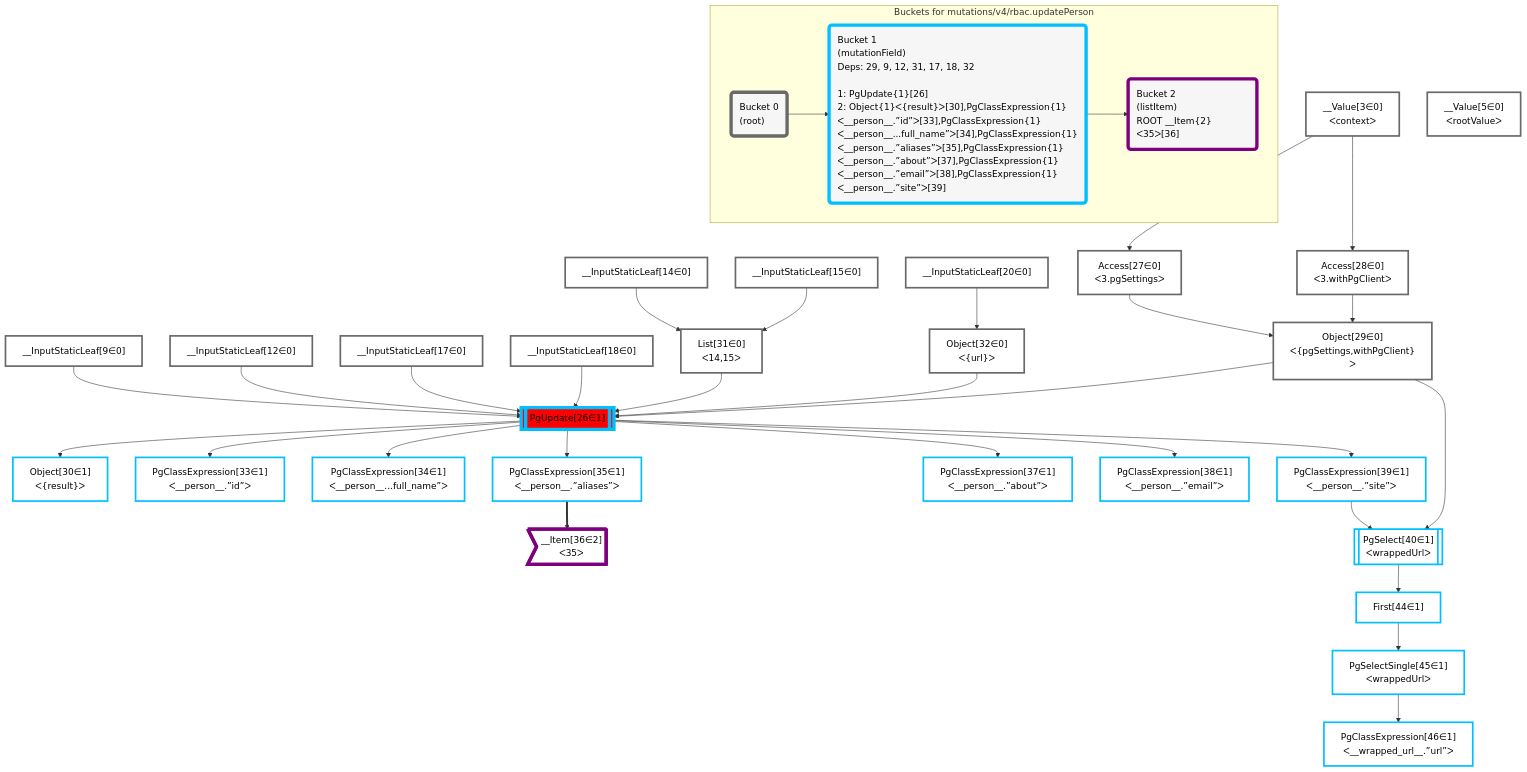
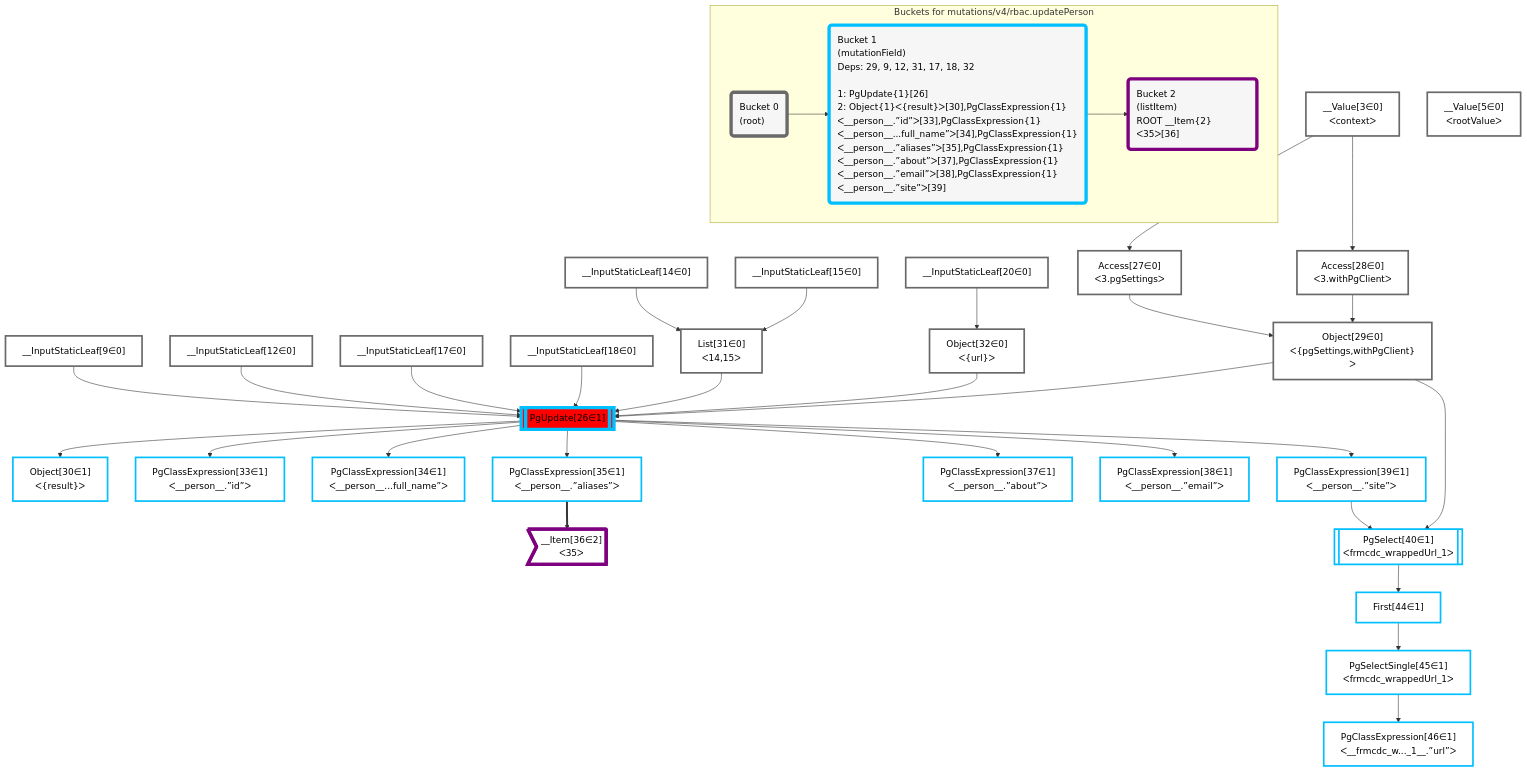
Before and after one commit to graphile/crystal: the diagram in packages/postgraphile/__tests__/mutations/v4/rbac.updatePerson.mermaid, drawn with Mermaid. The commit also changed 35 other files, not shown here.

```diff
--- a/packages/postgraphile/__tests__/mutations/v4/rbac.updatePerson.mermaid
+++ b/packages/postgraphile/__tests__/mutations/v4/rbac.updatePerson.mermaid
@@ -1,70 +1,70 @@
 graph TD
     classDef path fill:#eee,stroke:#000,color:#000
     classDef plan fill:#fff,stroke-width:3px,color:#000
     classDef itemplan fill:#fff,stroke-width:6px,color:#000
     classDef sideeffectplan fill:#f00,stroke-width:6px,color:#000
     classDef bucket fill:#f6f6f6,color:#000,stroke-width:6px,text-align:left
 
 
     %% define steps
     __Value3["__Value[3∈0]<br />ᐸcontextᐳ"]:::plan
     __Value5["__Value[5∈0]<br />ᐸrootValueᐳ"]:::plan
     __InputStaticLeaf9["__InputStaticLeaf[9∈0]"]:::plan
     __InputStaticLeaf12["__InputStaticLeaf[12∈0]"]:::plan
     __InputStaticLeaf14["__InputStaticLeaf[14∈0]"]:::plan
     __InputStaticLeaf15["__InputStaticLeaf[15∈0]"]:::plan
     __InputStaticLeaf17["__InputStaticLeaf[17∈0]"]:::plan
     __InputStaticLeaf18["__InputStaticLeaf[18∈0]"]:::plan
     __InputStaticLeaf20["__InputStaticLeaf[20∈0]"]:::plan
     Access27["Access[27∈0]<br />ᐸ3.pgSettingsᐳ"]:::plan
     Access28["Access[28∈0]<br />ᐸ3.withPgClientᐳ"]:::plan
     Object29["Object[29∈0]<br />ᐸ{pgSettings,withPgClient}ᐳ"]:::plan
     List31["List[31∈0]<br />ᐸ14,15ᐳ"]:::plan
     Object32["Object[32∈0]<br />ᐸ{url}ᐳ"]:::plan
     PgUpdate26[["PgUpdate[26∈1]"]]:::sideeffectplan
     Object30["Object[30∈1]<br />ᐸ{result}ᐳ"]:::plan
     PgClassExpression33["PgClassExpression[33∈1]<br />ᐸ__person__.”id”ᐳ"]:::plan
     PgClassExpression34["PgClassExpression[34∈1]<br />ᐸ__person__...full_name”ᐳ"]:::plan
     PgClassExpression35["PgClassExpression[35∈1]<br />ᐸ__person__.”aliases”ᐳ"]:::plan
     __Item36>"__Item[36∈2]<br />ᐸ35ᐳ"]:::itemplan
     PgClassExpression37["PgClassExpression[37∈1]<br />ᐸ__person__.”about”ᐳ"]:::plan
     PgClassExpression38["PgClassExpression[38∈1]<br />ᐸ__person__.”email”ᐳ"]:::plan
     PgClassExpression39["PgClassExpression[39∈1]<br />ᐸ__person__.”site”ᐳ"]:::plan
-    PgSelect40[["PgSelect[40∈1]<br />ᐸwrappedUrlᐳ"]]:::plan
+    PgSelect40[["PgSelect[40∈1]<br />ᐸfrmcdc_wrappedUrl_1ᐳ"]]:::plan
     First44["First[44∈1]"]:::plan
-    PgSelectSingle45["PgSelectSingle[45∈1]<br />ᐸwrappedUrlᐳ"]:::plan
-    PgClassExpression46["PgClassExpression[46∈1]<br />ᐸ__wrapped_url__.”url”ᐳ"]:::plan
+    PgSelectSingle45["PgSelectSingle[45∈1]<br />ᐸfrmcdc_wrappedUrl_1ᐳ"]:::plan
+    PgClassExpression46["PgClassExpression[46∈1]<br />ᐸ__frmcdc_w..._1__.”url”ᐳ"]:::plan
 
     %% plan dependencies
     __Value3 --> Access27
     __Value3 --> Access28
     Access27 & Access28 --> Object29
     __InputStaticLeaf14 & __InputStaticLeaf15 --> List31
     __InputStaticLeaf20 --> Object32
     Object29 & __InputStaticLeaf9 & __InputStaticLeaf12 & List31 & __InputStaticLeaf17 & __InputStaticLeaf18 & Object32 --> PgUpdate26
     PgUpdate26 --> Object30
     PgUpdate26 --> PgClassExpression33
     PgUpdate26 --> PgClassExpression34
     PgUpdate26 --> PgClassExpression35
     PgClassExpression35 ==> __Item36
     PgUpdate26 --> PgClassExpression37
     PgUpdate26 --> PgClassExpression38
     PgUpdate26 --> PgClassExpression39
     Object29 & PgClassExpression39 --> PgSelect40
     PgSelect40 --> First44
     First44 --> PgSelectSingle45
     PgSelectSingle45 --> PgClassExpression46
 
     subgraph "Buckets for mutations/v4/rbac.updatePerson"
     Bucket0("Bucket 0<br />(root)"):::bucket
     classDef bucket0 stroke:#696969
     class Bucket0,__Value3,__Value5,__InputStaticLeaf9,__InputStaticLeaf12,__InputStaticLeaf14,__InputStaticLeaf15,__InputStaticLeaf17,__InputStaticLeaf18,__InputStaticLeaf20,Access27,Access28,Object29,List31,Object32 bucket0
     Bucket1("Bucket 1<br />(mutationField)<br />Deps: 29, 9, 12, 31, 17, 18, 32<br /><br />1: PgUpdate{1}[26]<br />2: Object{1}ᐸ{result}ᐳ[30],PgClassExpression{1}ᐸ__person__.”id”ᐳ[33],PgClassExpression{1}ᐸ__person__...full_name”ᐳ[34],PgClassExpression{1}ᐸ__person__.”aliases”ᐳ[35],PgClassExpression{1}ᐸ__person__.”about”ᐳ[37],PgClassExpression{1}ᐸ__person__.”email”ᐳ[38],PgClassExpression{1}ᐸ__person__.”site”ᐳ[39]"):::bucket
     classDef bucket1 stroke:#00bfff
     class Bucket1,PgUpdate26,Object30,PgClassExpression33,PgClassExpression34,PgClassExpression35,PgClassExpression37,PgClassExpression38,PgClassExpression39,PgSelect40,First44,PgSelectSingle45,PgClassExpression46 bucket1
     Bucket2("Bucket 2<br />(listItem)<br />ROOT __Item{2}ᐸ35ᐳ[36]"):::bucket
     classDef bucket2 stroke:#7f007f
     class Bucket2,__Item36 bucket2
     Bucket0 --> Bucket1
     Bucket1 --> Bucket2
     end
```
